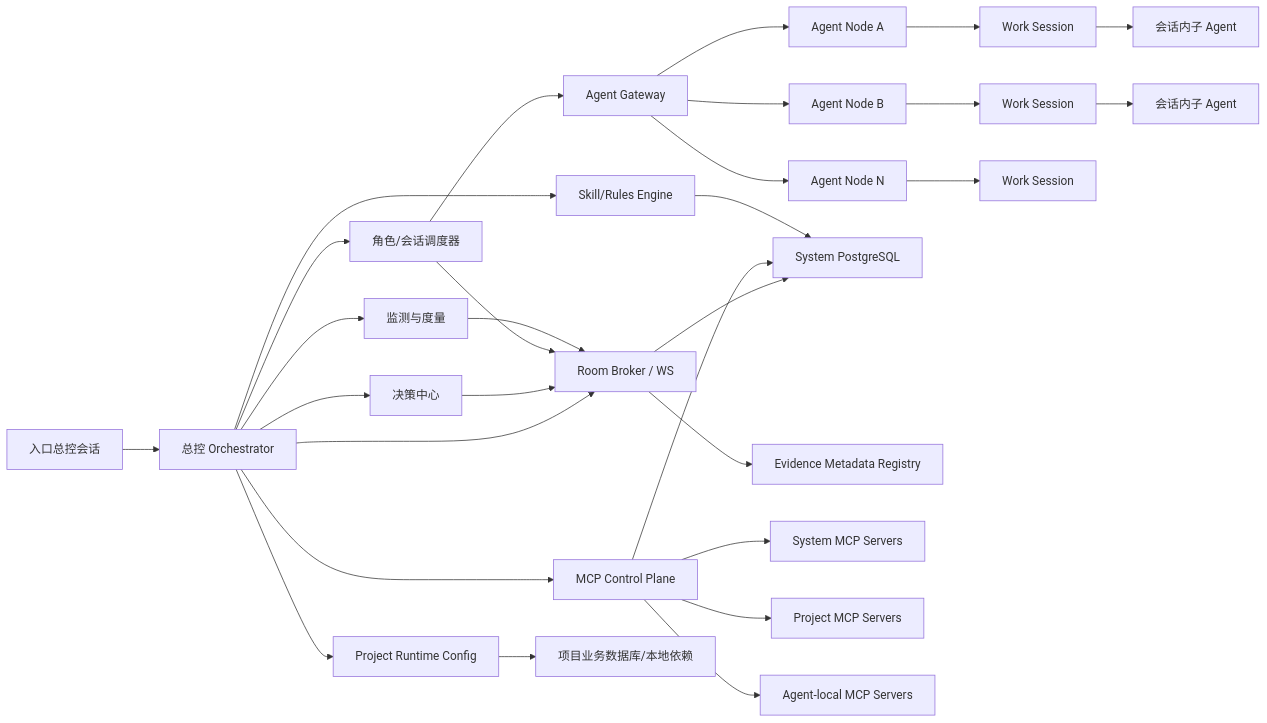
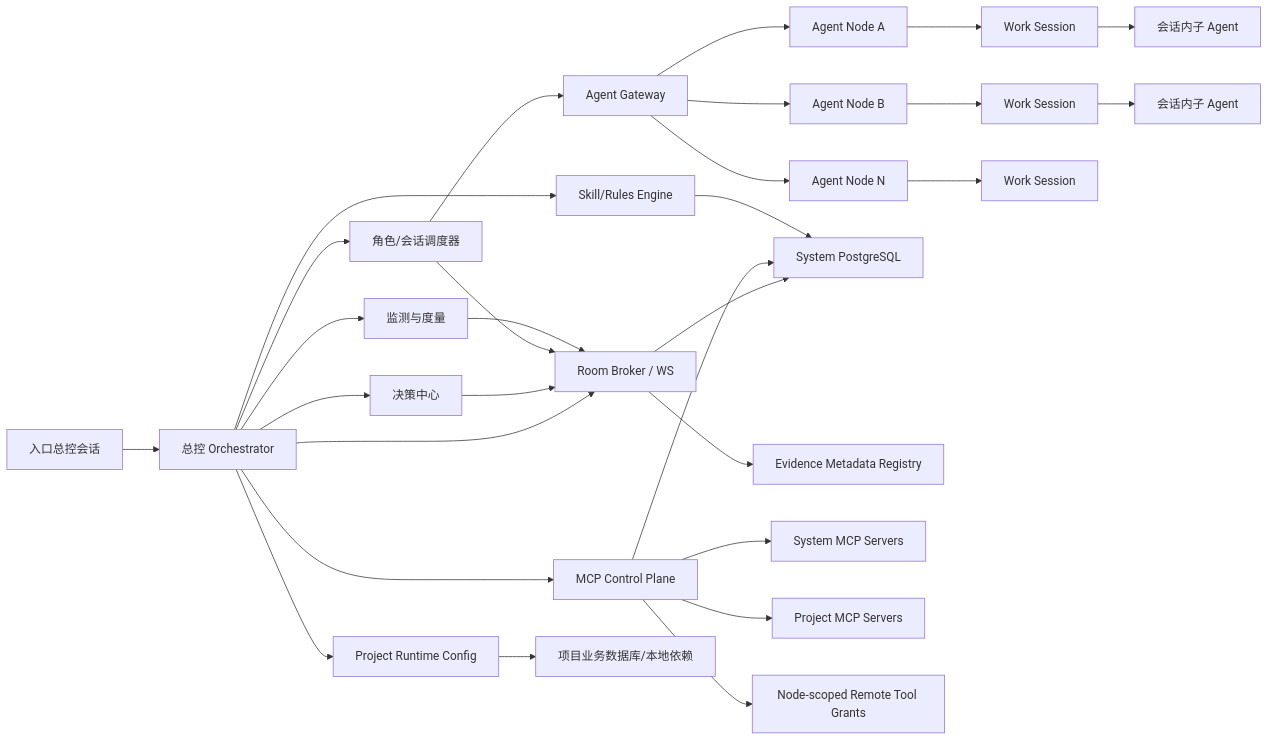
Before and after one commit to DlenoDing/ai-multi-agent-ctrl: the first of 2 diagrams in docs/multi-agent-project-orchestration-system-design.md, drawn with Mermaid. The commit also changed other lines of this file and 36 other files, not shown here.

````diff
--- a/docs/multi-agent-project-orchestration-system-design.md
+++ b/docs/multi-agent-project-orchestration-system-design.md
@@ -65,31 +65,31 @@
 ```mermaid
 flowchart LR
     Entry["入口总控会话"] --> OC["总控 Orchestrator"]
     OC --> DC["决策中心"]
     OC --> RM["角色/会话调度器"]
     OC --> MON["监测与度量"]
     RM --> AG["Agent Gateway"]
     AG --> A1["Agent Node A"]
     AG --> A2["Agent Node B"]
     AG --> A3["Agent Node N"]
     A1 --> S1["Work Session"]
     A2 --> S2["Work Session"]
     A3 --> S3["Work Session"]
     S1 --> SUB1["会话内子 Agent"]
     S2 --> SUB2["会话内子 Agent"]
     OC --> RB["Room Broker / WS"]
     OC --> MCP["MCP Control Plane"]
     DC --> RB
     RM --> RB
     MON --> RB
     RB --> DB["System PostgreSQL"]
     RB --> AR["Evidence Metadata Registry"]
     MCP --> DB
     MCP --> M1["System MCP Servers"]
     MCP --> M2["Project MCP Servers"]
-    MCP --> M3["Agent-local MCP Servers"]
+    MCP --> M3["Node-scoped Remote Tool Grants"]
     OC --> RULE["Skill/Rules Engine"]
     RULE --> DB
     OC --> PRJ["Project Runtime Config"]
     PRJ --> PDB["项目业务数据库/本地依赖"]
 ```
````
